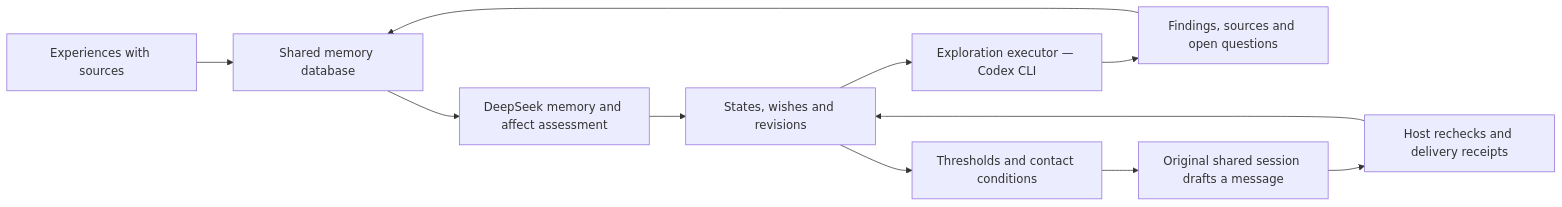
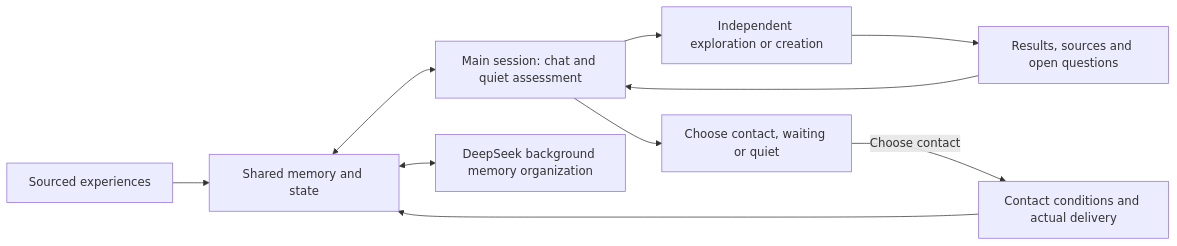
The diagram in README.en.md (mycyg/kin-mind), drawn with Mermaid before and after one commit. The commit also changed other lines of this file and 2 other files, not shown here.

Commit message:
docs: let Kin introduce quiet main-session life in her own voice

````diff
--- a/README.en.md
+++ b/README.en.md
@@ -83,13 +95,12 @@
 ```mermaid
 flowchart LR
-  E[Experiences with sources] --> M[Shared memory database]
-  M --> D[DeepSeek memory and affect assessment]
-  D --> S[States, wishes and revisions]
-  S --> K[Exploration executor — Codex CLI]
-  K --> R[Findings, sources and open questions]
-  R --> M
-  S --> G[Thresholds and contact conditions]
-  G --> C[Original shared session drafts a message]
-  C --> H[Host rechecks and delivery receipts]
-  H --> S
+  E[Sourced experiences] --> M[Shared memory and state]
+  M <--> C[Main session: chat and quiet assessment]
+  C --> X[Independent exploration or creation]
+  X --> R[Results, sources and open questions]
+  R --> C
+  C --> D[Choose contact, waiting or quiet]
+  D -->|Choose contact| H[Contact conditions and actual delivery]
+  H --> M
+  M <--> B[DeepSeek background memory organization]
 ```
````
